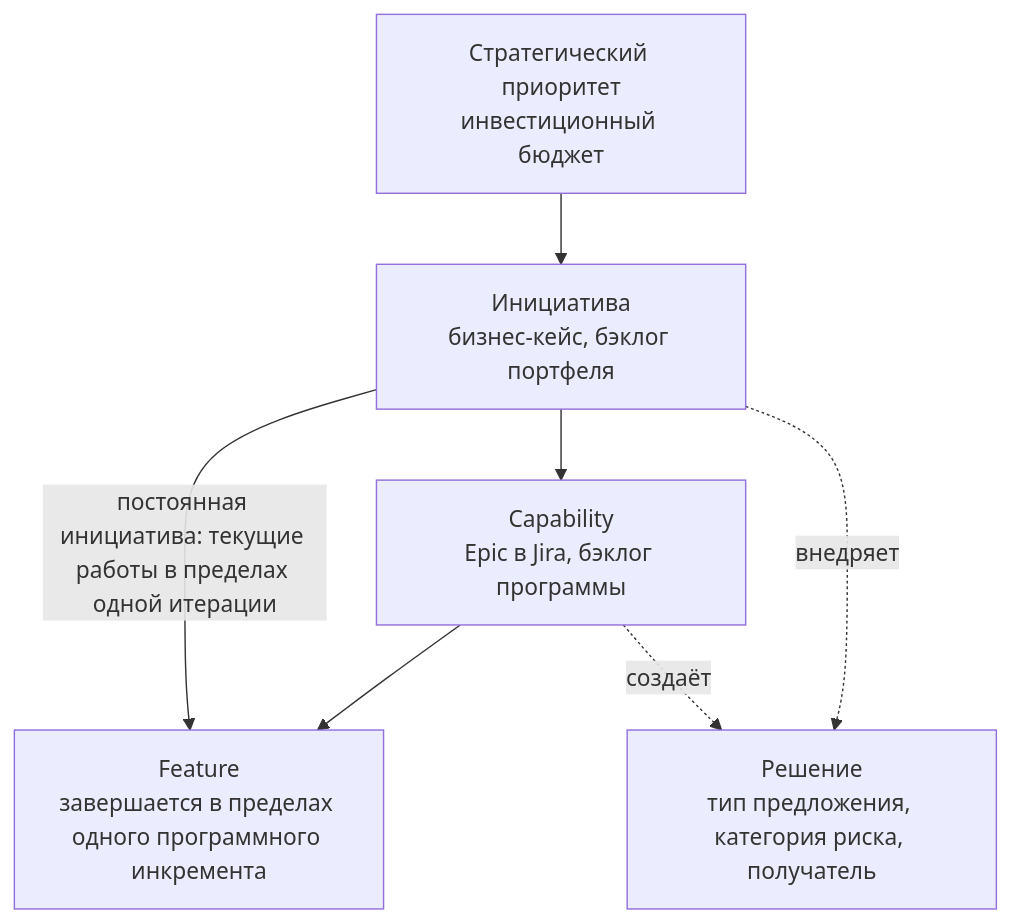
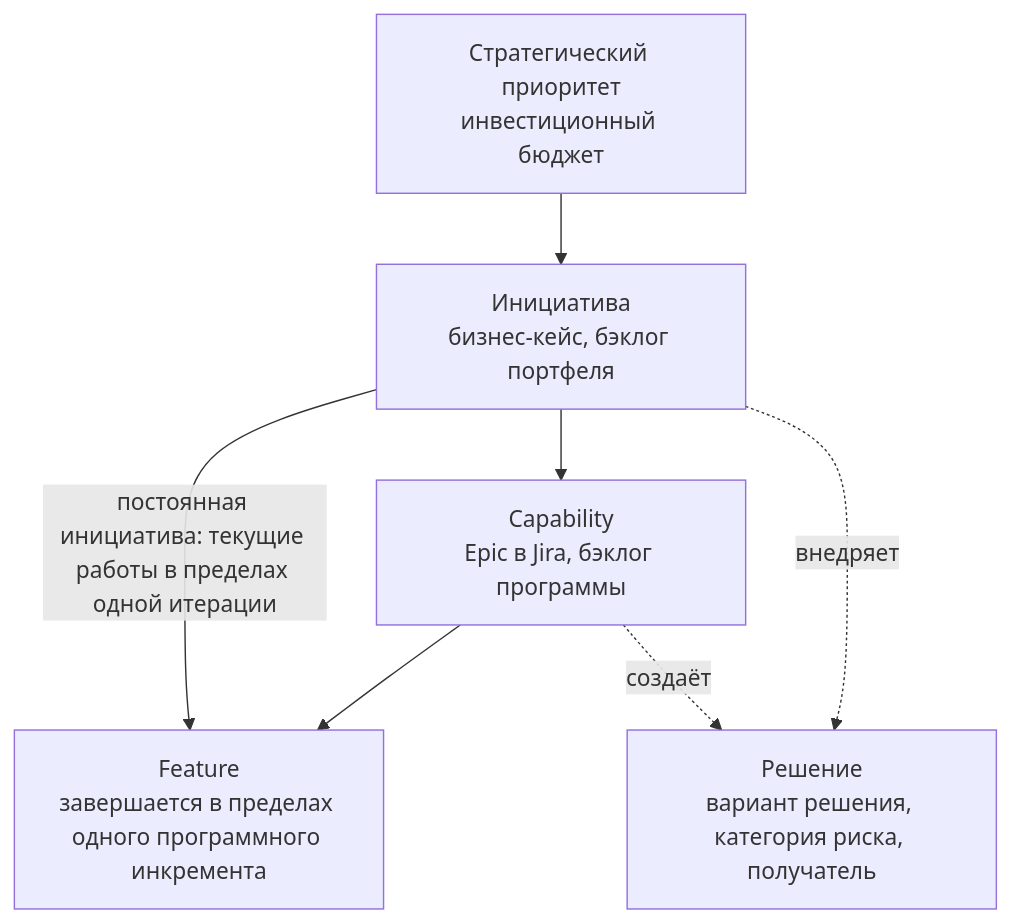
One commit to devhogu/ob-aicc changed the eighth of 8 diagrams in charter/ru/documents/portfolio-management-model.md. Above: the diagram before and after it, drawn with Mermaid. The commit also changed 475 other files, not shown here.

First line of the commit message:
About follow-ups: MVP in Russian outside the home card; route titles; Strategic Priority defined as a top priority for AI; offering type as «вариант решения»; AICC as a service and solution center; no tooltips on everyday Russian words

````diff
--- a/charter/ru/documents/portfolio-management-model.md
+++ b/charter/ru/documents/portfolio-management-model.md
@@ -301,9 +301,9 @@
 ```mermaid
 flowchart TB
   SP["Стратегический приоритет<br/>инвестиционный бюджет"] --> INI["Инициатива<br/>бизнес-кейс, бэклог портфеля"]
   INI --> CAP["Capability<br/>Epic в Jira, бэклог программы"]
   CAP --> FT["Feature<br/>завершается в пределах одного программного инкремента"]
   INI -->|постоянная инициатива: текущие работы в пределах одной итерации| FT
-  INI -.внедряет.-> SOL["Решение<br/>тип предложения, категория риска, получатель"]
+  INI -.внедряет.-> SOL["Решение<br/>вариант решения, категория риска, получатель"]
   CAP -.создаёт.-> SOL
 ```
````
